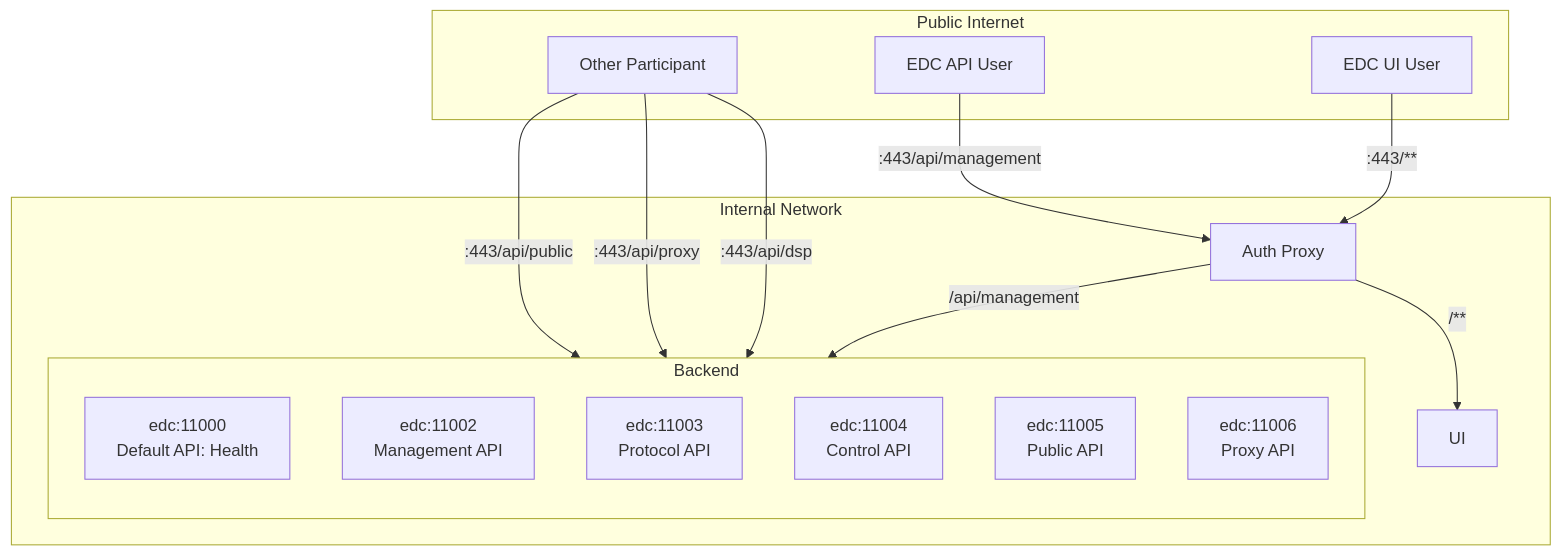
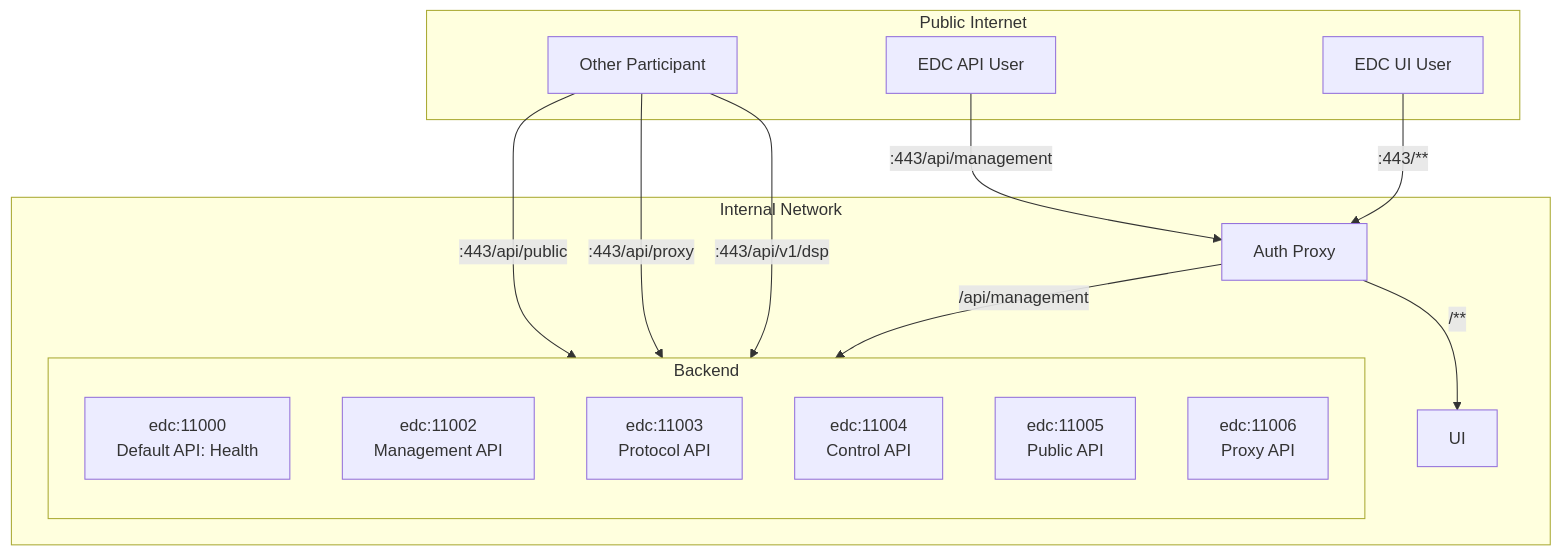
Before and after one commit to sovity/edc-ce: the diagram in docs/deployment-guide/goals/production-ce/cp-with-integrated-dp.md, drawn with Mermaid. The commit also changed other lines of this file and 44 other files, not shown here.

````diff
--- a/docs/deployment-guide/goals/production-ce/cp-with-integrated-dp.md
+++ b/docs/deployment-guide/goals/production-ce/cp-with-integrated-dp.md
@@ -38,31 +38,31 @@
 ```mermaid
 flowchart TD
   subgraph Internal Network
     subgraph Backend
       direction TB
       edc-11001[edc:11000<br>Default API: Health]
       edc-11002[edc:11002<br>Management API]
       edc-11003[edc:11003<br>Protocol API]
       edc-11004[edc:11004<br>Control API]
       edc-11005[edc:11005<br>Public API]
       edc-11006[edc:11006<br>Proxy API]
     end
     auth-proxy[Auth Proxy]
     ui[UI]
 
   end
 
   subgraph Public Internet
     counterparty[Other Participant]
     ui-user[EDC UI User]
     api-user[EDC API User]
   end
 
   counterparty -- :443/api/public --> edc-11005
   counterparty -- :443/api/proxy --> edc-11006
-  counterparty -- :443/api/dsp --> edc-11003
+  counterparty -- :443/api/v1/dsp --> edc-11003
   api-user -- :443/api/management --> auth-proxy
   ui-user -- :443/** --> auth-proxy
   auth-proxy -- /** --> ui
   auth-proxy -- /api/management --> edc-11002
 ```
````
